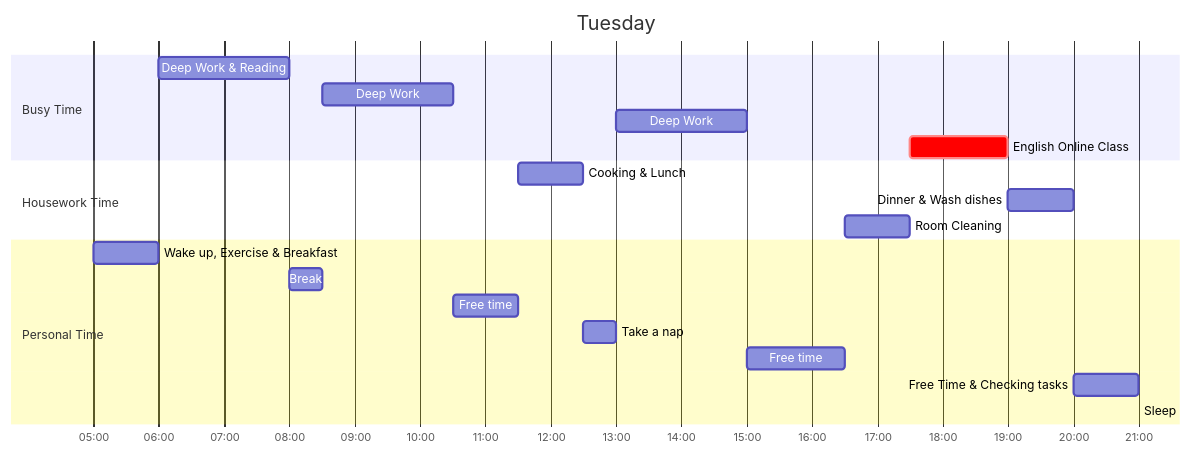
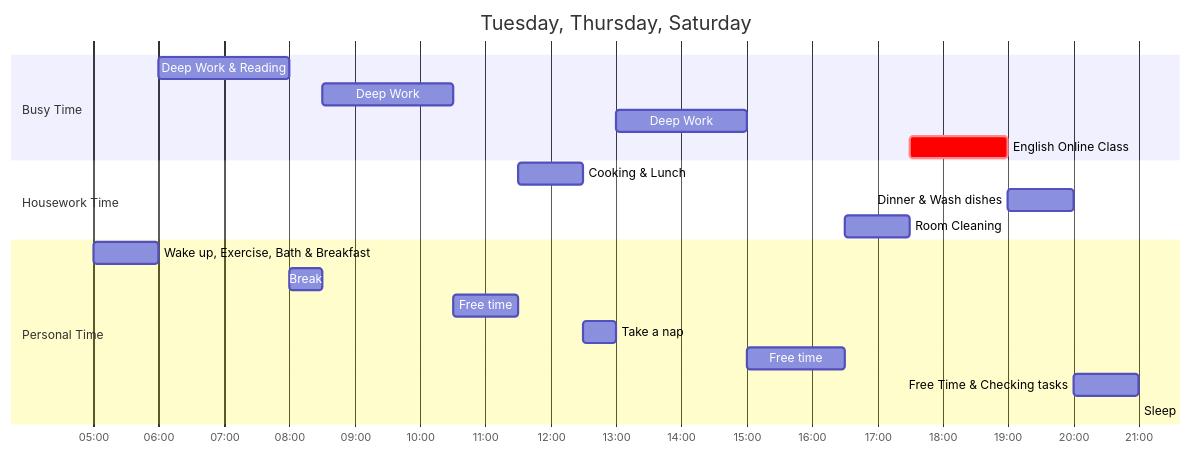
One commit to S-ROLL/notebook.maths changed the second of 2 diagrams in balance/README.md. Above: the diagram before and after it, drawn with Mermaid. The commit also changed other lines of this file, not shown here.

````diff
--- a/balance/README.md
+++ b/balance/README.md
@@ -27,26 +27,26 @@
 ```mermaid
 gantt
-    title Tuesday
+    title Tuesday, Thursday, Saturday
     dateFormat  HH:mm
     axisFormat  %H:%M
     
     section Busy Time
     Deep Work & Reading            :06:00, 2h
     Deep Work             :08:30, 2h
     Deep Work             :13:00, 2h
     English Online Class     : crit, 17:30, 1.5h
 
     section Housework Time
     Cooking & Lunch      :11:30, 1h
     Dinner & Wash dishes :19:00, 1h
     Room Cleaning            :16:30, 1h
 
     section Personal Time
-    Wake up, Exercise & Breakfast :05:00, 1h
+    Wake up, Exercise, Bath & Breakfast :05:00, 1h
     Break                    :08:00, 0.5h
     Free time                :10:30, 1h
     Take a nap               :12:30, 0.5h
     Free time                :15:00, 1.5h
     Free Time & Checking tasks                :20:00, 1h
     Sleep                    :21:00
 ```
````
